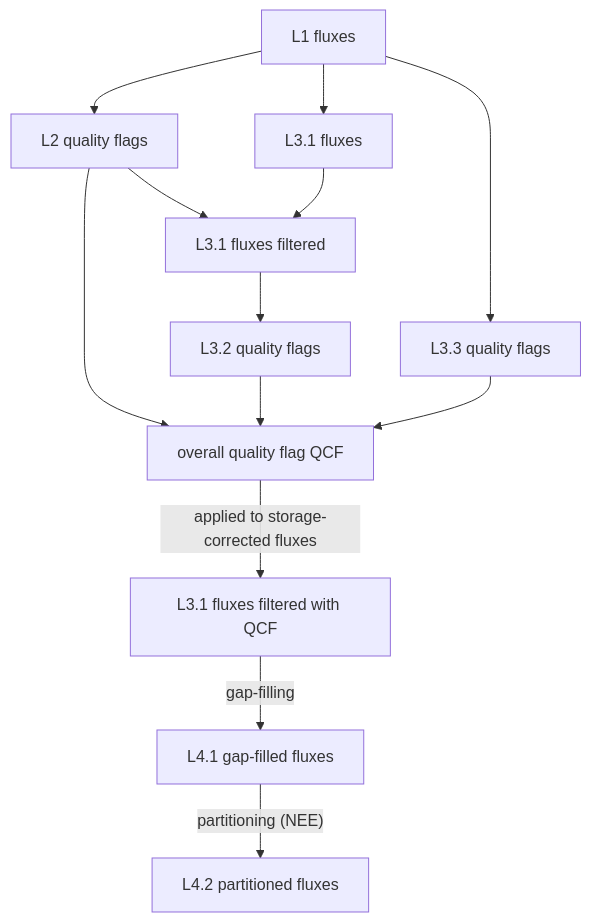
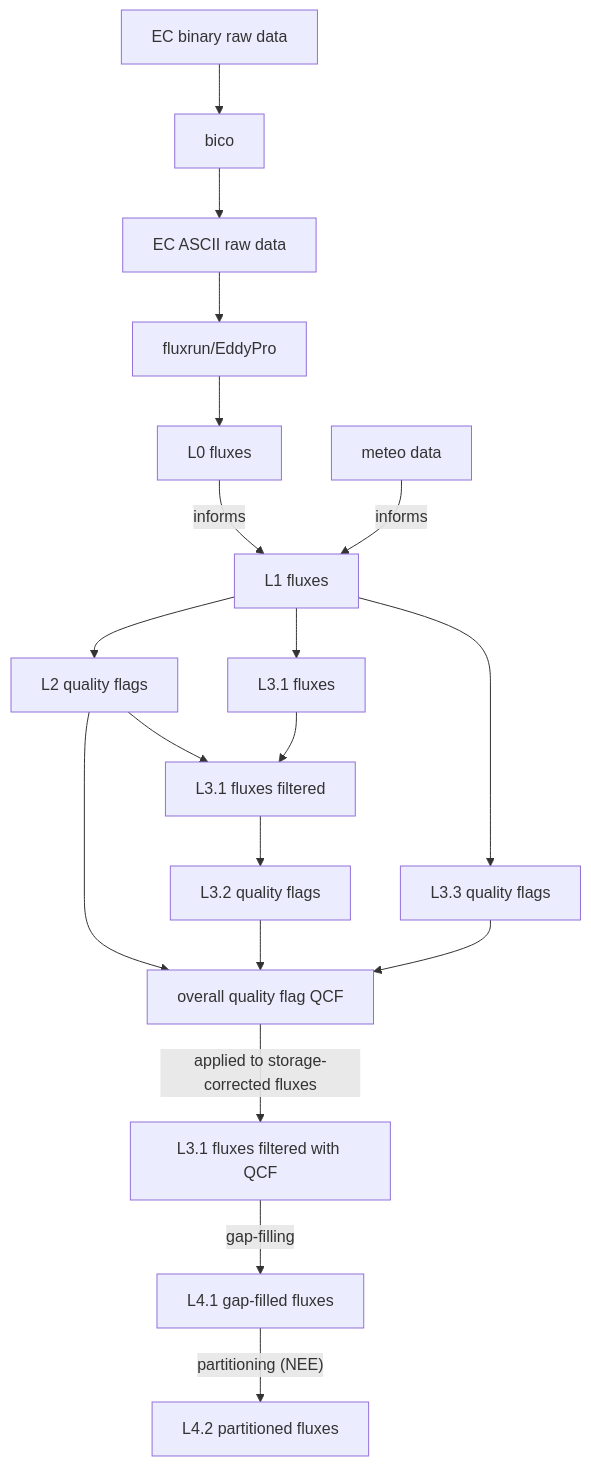
Before and after one commit to holukas/dataset_ch-cha_flux_product: the diagram in _sources/FPC.md, drawn with Mermaid. The commit also changed other lines of this file and 33 other files, not shown here.

````diff
--- a/_sources/FPC.md
+++ b/_sources/FPC.md
@@ -6,31 +6,40 @@
 ```{mermaid}
 
-    flowchart
-        L1F[L1 fluxes]
-        L2QCF[L2 quality flags]
-        L31F[L3.1 fluxes]
-        L31Ffiltered[L3.1 fluxes filtered]
-        L32QCF[L3.2 quality flags]
-        L33QCF[L3.3 quality flags]
-        QCF[overall quality flag QCF]
-        L31FfilteredQCF[L3.1 fluxes filtered with QCF]
-        L41F[L4.1 gap-filled fluxes]
-        L42F[L4.2 partitioned fluxes]
-        
-        L1F --> L2QCF
-        L2QCF --> L31Ffiltered
-        L1F --> L31F
-        L31F --> L31Ffiltered
-        L31Ffiltered --> L32QCF
-        L1F --> L33QCF
-        
-        L2QCF --> QCF
-        L32QCF --> QCF
-        L33QCF --> QCF
-        
-        QCF -- applied to storage-corrected fluxes --> L31FfilteredQCF
-        L31FfilteredQCF -- gap-filling --> L41F
-        
-        L41F -- partitioning (NEE) --> L42F
+flowchart
+	ecbin[EC binary raw data]
+    eccsv[EC ASCII raw data]
+    bico[bico]
+    met[meteo data]
+    EP[fluxrun/EddyPro]
+    L0F[L0 fluxes]
+    L1F[L1 fluxes]
+	L2QCF[L2 quality flags]
+	L31F[L3.1 fluxes]
+	L31Ffiltered[L3.1 fluxes filtered]
+	L32QCF[L3.2 quality flags]
+	L33QCF[L3.3 quality flags]
+	QCF[overall quality flag QCF]
+	L31FfilteredQCF[L3.1 fluxes filtered with QCF]
+	L41F[L4.1 gap-filled fluxes]
+	L42F[L4.2 partitioned fluxes]
+	
+	ecbin --> bico --> eccsv --> EP
+    EP --> L0F -- informs --> L1F
+    met -- informs --> L1F
+    L1F --> L2QCF
+	L2QCF --> L31Ffiltered
+	L1F --> L31F
+	L31F --> L31Ffiltered
+	L31Ffiltered --> L32QCF
+	L1F --> L33QCF
+	
+	L2QCF --> QCF
+	L32QCF --> QCF
+	L33QCF --> QCF
+	
+	QCF -- applied to storage-corrected fluxes --> L31FfilteredQCF
+	L31FfilteredQCF -- gap-filling --> L41F
+	
+	L41F -- partitioning (NEE) --> L42F
 
 ```
````
